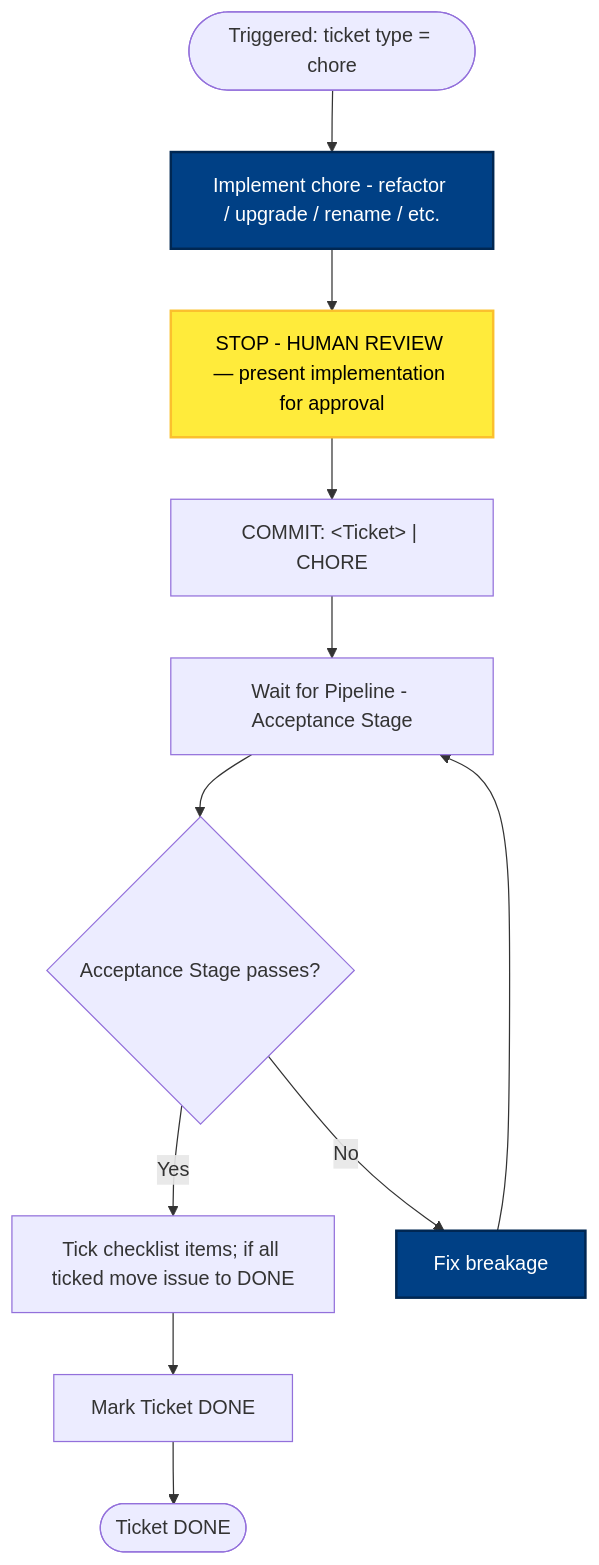
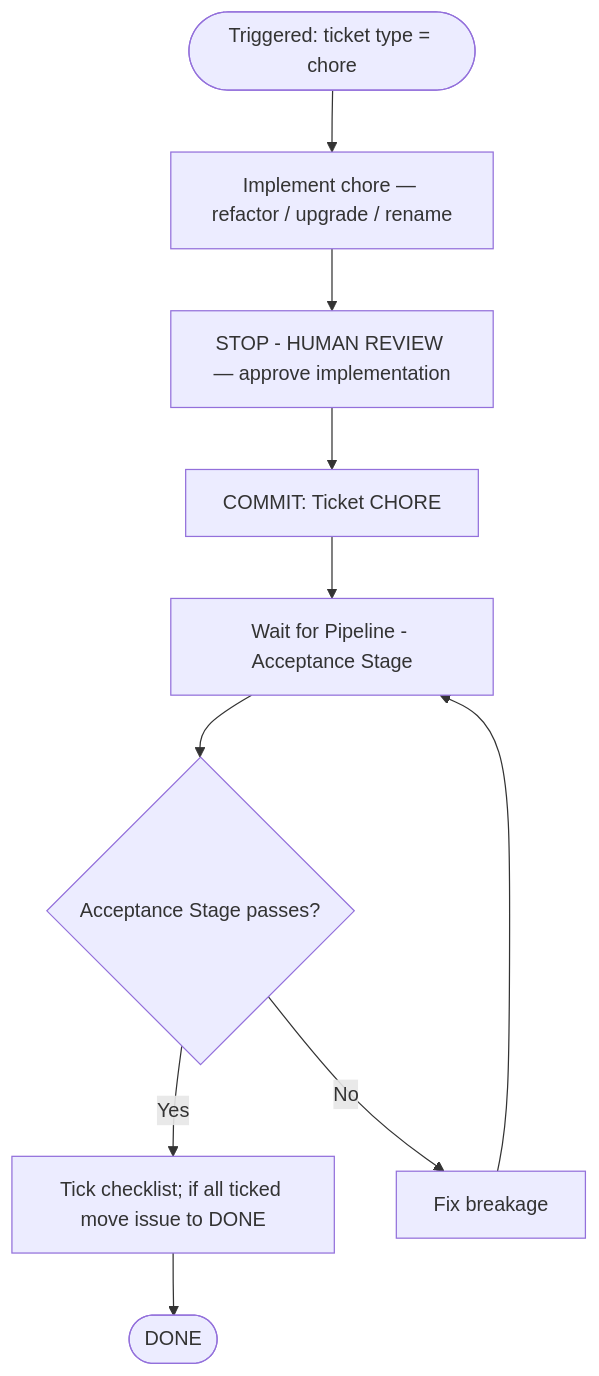
The ninth of 10 diagrams in docs/atdd/process/process-diagram.md (optivem/starter), drawn with Mermaid before and after one commit. The commit also changed other lines of this file and 1 other file, not shown here.

First line of the commit message:
Regenerate process diagrams after AT/CT phase doc split

````diff
--- a/docs/atdd/process/process-diagram.md
+++ b/docs/atdd/process/process-diagram.md
@@ -211,29 +280,22 @@
 ```mermaid
 flowchart TD
-    TRIGGER([Triggered: ticket type = chore])
-    IMPLEMENT[Implement chore - refactor / upgrade / rename / etc.]
-    STOP_REVIEW[STOP - HUMAN REVIEW — present implementation for approval]
-    COMMIT["COMMIT: &lt;Ticket&gt; | CHORE"]
-    WAIT_PIPELINE[Wait for Pipeline - Acceptance Stage]
-    PIPELINE_PASS{Acceptance Stage passes?}
+    START([Triggered: ticket type = chore])
+    IMPL[Implement chore — refactor / upgrade / rename]
+    STOP_REVIEW[STOP - HUMAN REVIEW — approve implementation]
+    COMMIT[COMMIT: Ticket CHORE]
+    WAIT[Wait for Pipeline - Acceptance Stage]
+    PASS{Acceptance Stage passes?}
     FIX[Fix breakage]
-    TICK_CHECKLIST[Tick checklist items; if all ticked move issue to DONE]
-    MARK_DONE[Mark Ticket DONE]
-    DONE([Ticket DONE])
+    TICK[Tick checklist; if all ticked move issue to DONE]
+    DONE([DONE])
 
-    TRIGGER --> IMPLEMENT
-    IMPLEMENT --> STOP_REVIEW
+    START --> IMPL
+    IMPL --> STOP_REVIEW
     STOP_REVIEW --> COMMIT
-    COMMIT --> WAIT_PIPELINE
-    WAIT_PIPELINE --> PIPELINE_PASS
-    PIPELINE_PASS -->|Yes| TICK_CHECKLIST
-    TICK_CHECKLIST --> MARK_DONE
-    PIPELINE_PASS -->|No| FIX
-    MARK_DONE --> DONE
-    FIX --> WAIT_PIPELINE
-
-    classDef effortNode fill:#004085,stroke:#002752,stroke-width:2px,color:#fff
-    class IMPLEMENT,FIX effortNode
-    classDef humanReviewNode fill:#ffeb3b,stroke:#fbc02d,stroke-width:2px,color:#000
-    class STOP_REVIEW humanReviewNode
+    COMMIT --> WAIT
+    WAIT --> PASS
+    PASS -->|Yes| TICK
+    TICK --> DONE
+    PASS -->|No| FIX
+    FIX --> WAIT
 ```
````
